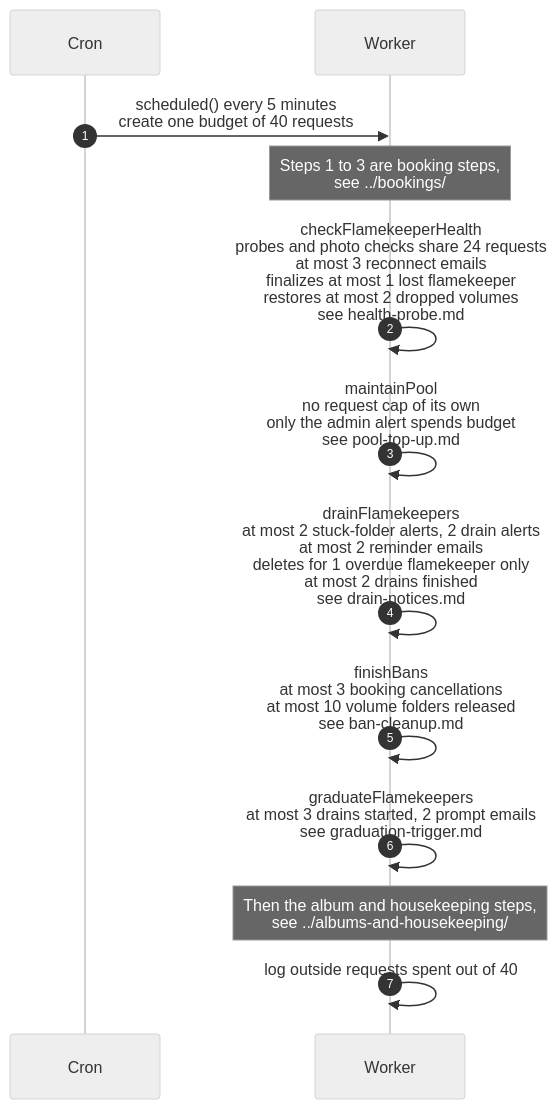
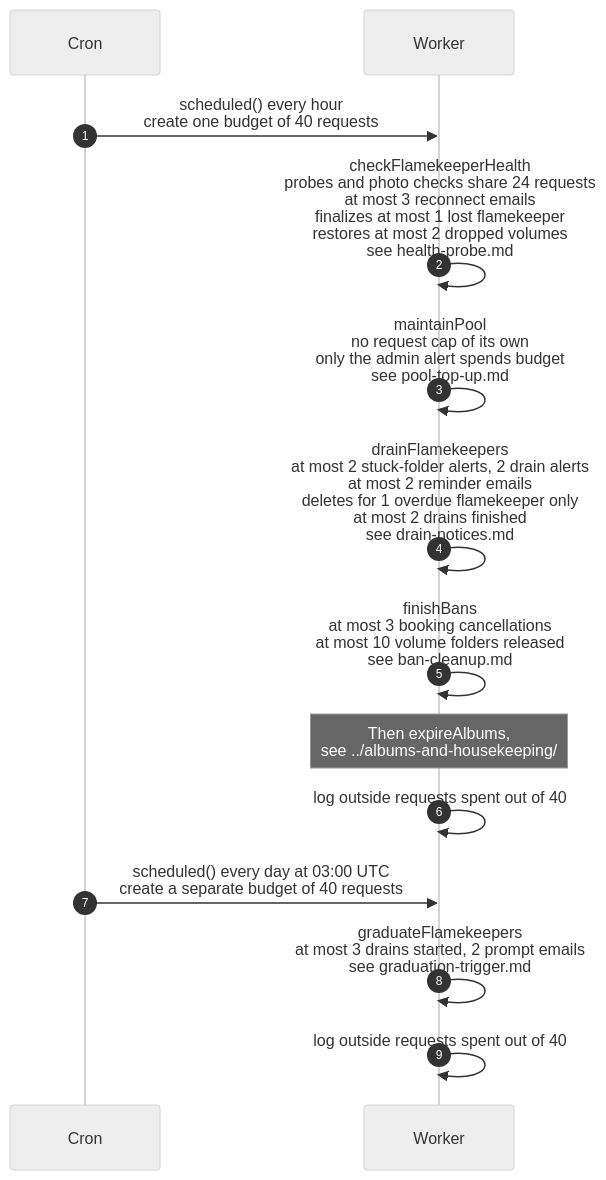
The diagram in docs/scenarios/cron/flamekeepers/steps-and-limits.md (sagyzdop/meriksirat), drawn with Mermaid (neutral theme) before and after one commit. The commit also changed other lines of this file and 31 other files, not shown here.

````diff
--- a/docs/scenarios/cron/flamekeepers/steps-and-limits.md
+++ b/docs/scenarios/cron/flamekeepers/steps-and-limits.md
@@ -37,16 +37,17 @@
 ```mermaid
 sequenceDiagram
     autonumber
     participant Cron
     participant Worker
 
-    Cron->>Worker: scheduled() every 5 minutes<br/>create one budget of 40 requests
-    Note over Worker: Steps 1 to 3 are booking steps,<br/>see ../bookings/
+    Cron->>Worker: scheduled() every hour<br/>create one budget of 40 requests
     Worker->>Worker: checkFlamekeeperHealth<br/>probes and photo checks share 24 requests<br/>at most 3 reconnect emails<br/>finalizes at most 1 lost flamekeeper<br/>restores at most 2 dropped volumes<br/>see health-probe.md
     Worker->>Worker: maintainPool<br/>no request cap of its own<br/>only the admin alert spends budget<br/>see pool-top-up.md
     Worker->>Worker: drainFlamekeepers<br/>at most 2 stuck-folder alerts, 2 drain alerts<br/>at most 2 reminder emails<br/>deletes for 1 overdue flamekeeper only<br/>at most 2 drains finished<br/>see drain-notices.md
     Worker->>Worker: finishBans<br/>at most 3 booking cancellations<br/>at most 10 volume folders released<br/>see ban-cleanup.md
+    Note over Worker: Then expireAlbums,<br/>see ../albums-and-housekeeping/
+    Worker->>Worker: log outside requests spent out of 40
+    Cron->>Worker: scheduled() every day at 03:00 UTC<br/>create a separate budget of 40 requests
     Worker->>Worker: graduateFlamekeepers<br/>at most 3 drains started, 2 prompt emails<br/>see graduation-trigger.md
-    Note over Worker: Then the album and housekeeping steps,<br/>see ../albums-and-housekeeping/
     Worker->>Worker: log outside requests spent out of 40
 ```
````
